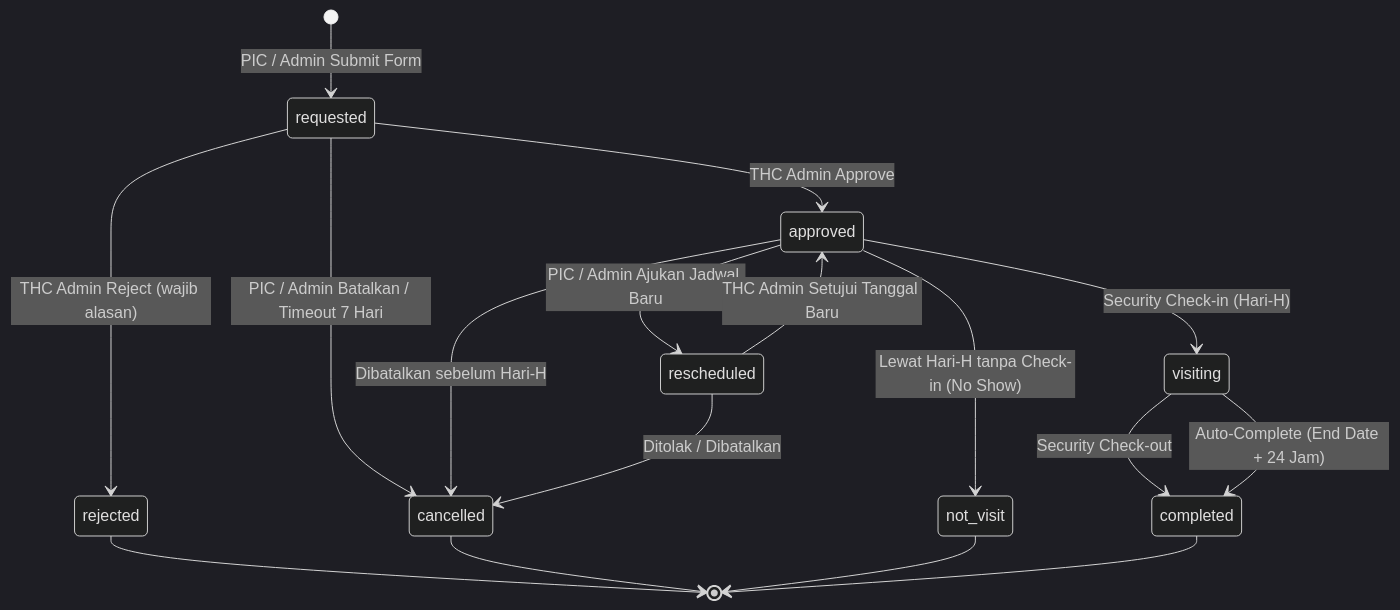
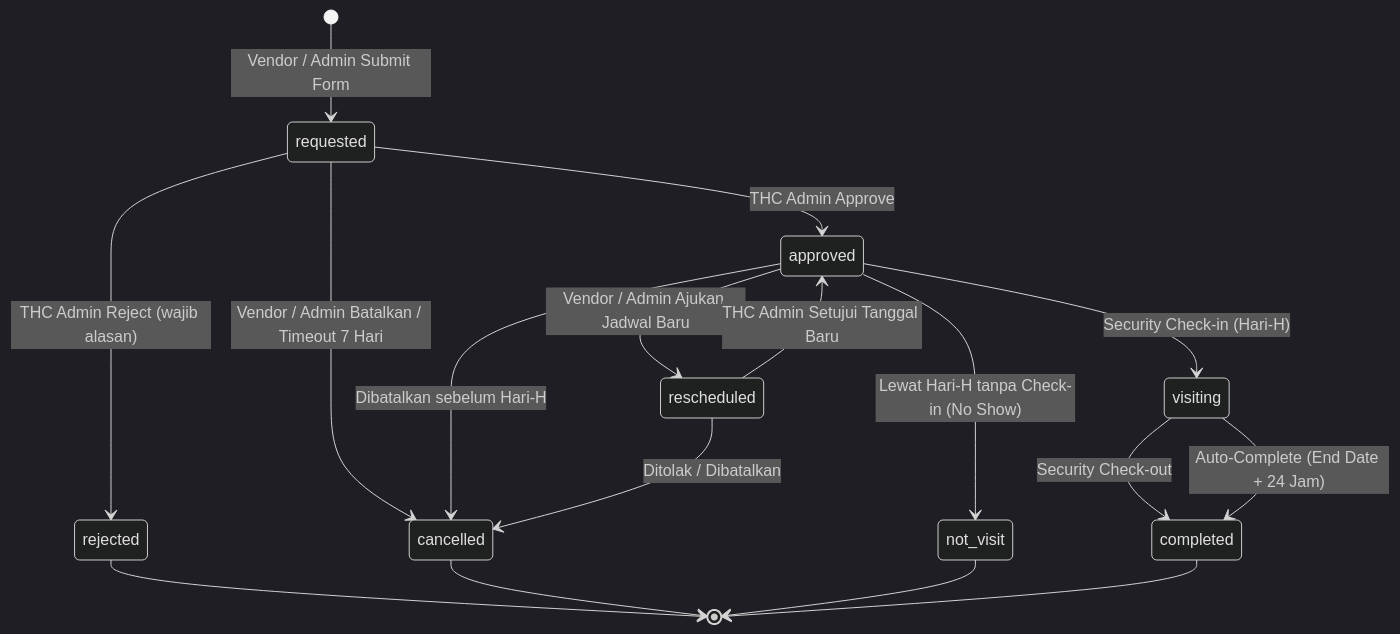
The diagram in docs/0. PRD - THC Visitor App.md (andyderis36/thc-vms), drawn with Mermaid (dark theme) before and after one commit. The commit also changed other lines of this file and 228 other files, not shown here.

````diff
--- a/docs/0. PRD - THC Visitor App.md
+++ b/docs/0. PRD - THC Visitor App.md
@@ -131,24 +135,24 @@
 ```mermaid
 stateDiagram-v2
-    [*] --> requested: PIC / Admin Submit Form
+    [*] --> requested: Vendor / Admin Submit Form
     
     requested --> approved: THC Admin Approve
     requested --> rejected: THC Admin Reject (wajib alasan)
-    requested --> cancelled: PIC / Admin Batalkan / Timeout 7 Hari
+    requested --> cancelled: Vendor / Admin Batalkan / Timeout 7 Hari
     
     approved --> visiting: Security Check-in (Hari-H)
-    approved --> rescheduled: PIC / Admin Ajukan Jadwal Baru
+    approved --> rescheduled: Vendor / Admin Ajukan Jadwal Baru
     approved --> cancelled: Dibatalkan sebelum Hari-H
     approved --> not_visit: Lewat Hari-H tanpa Check-in (No Show)
     
     rescheduled --> approved: THC Admin Setujui Tanggal Baru
     rescheduled --> cancelled: Ditolak / Dibatalkan
     
     visiting --> completed: Security Check-out
     visiting --> completed: Auto-Complete (End Date + 24 Jam)
     
     rejected --> [*]
     cancelled --> [*]
     not_visit --> [*]
     completed --> [*]
 ```
````
